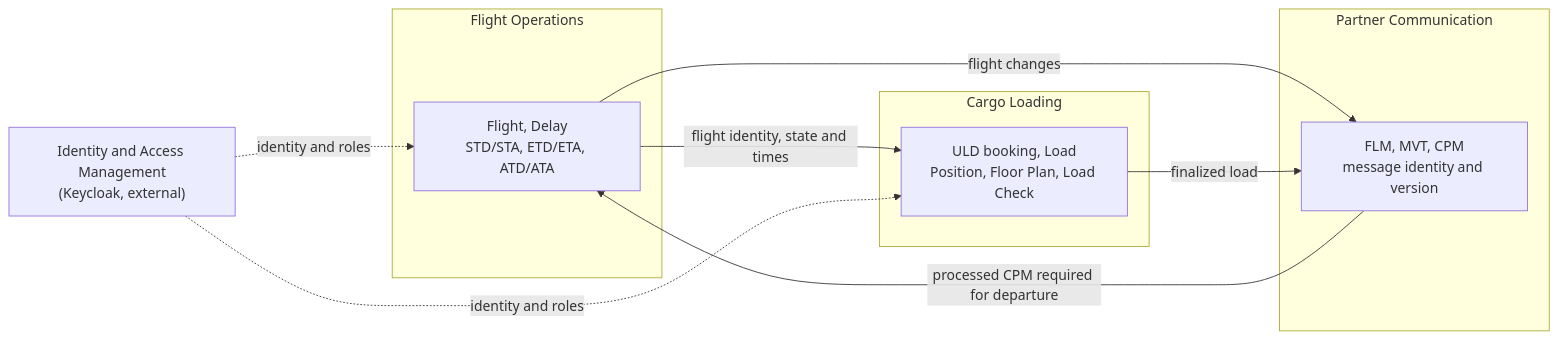
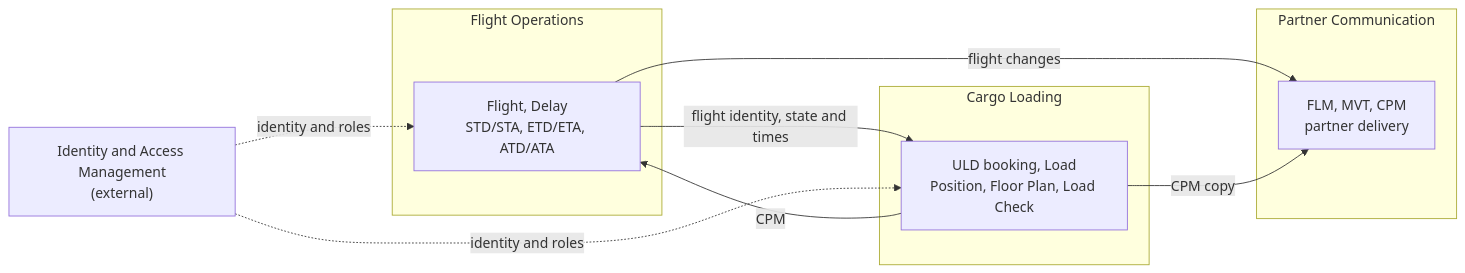
The first of 3 diagrams in architecture/analyse.md (ebhd/air-freight-operations), drawn with Mermaid before and after one commit. The commit also changed other lines of this file, not shown here.

````diff
--- a/architecture/analyse.md
+++ b/architecture/analyse.md
@@ -20,20 +18,20 @@
 ```mermaid
 flowchart LR
     subgraph FO["Flight Operations"]
         F["Flight, Delay<br/>STD/STA, ETD/ETA, ATD/ATA"]
     end
     subgraph CL["Cargo Loading"]
         C["ULD booking, Load<br/>Position, Floor Plan, Load Check"]
     end
     subgraph PC["Partner Communication"]
-        M["FLM, MVT, CPM<br/>message identity and version"]
+        M["FLM, MVT, CPM<br/>partner delivery"]
     end
-    IAM["Identity and Access Management<br/>(Keycloak, external)"]
+    IAM["Identity and Access Management<br/>(external)"]
 
     F -->|flight identity, state and times| C
     F -->|flight changes| M
-    C -->|finalized load| M
-    M -->|processed CPM required for departure| F
+    C -->|CPM| F
+    C -->|CPM copy| M
     IAM -.->|identity and roles| F
     IAM -.->|identity and roles| C
 ```
````
